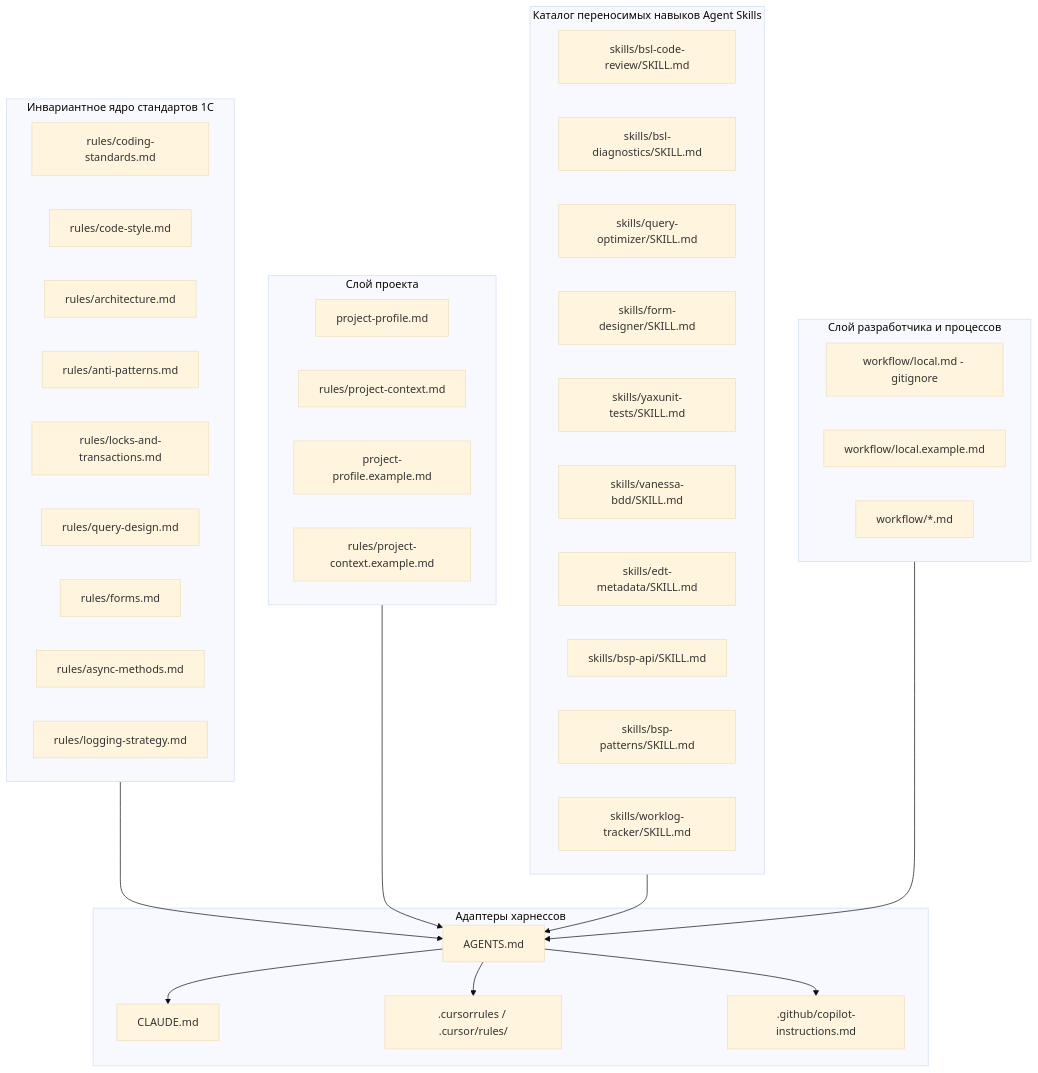
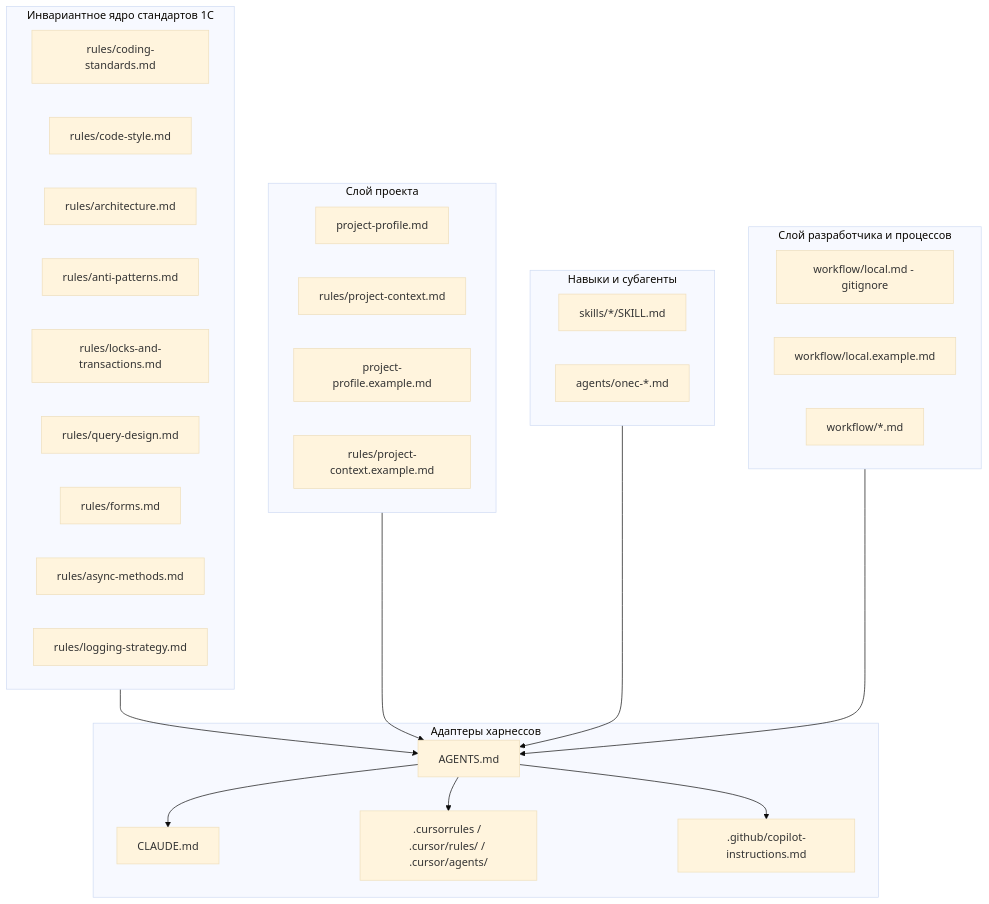
Before and after one commit to curiosgirl/ai-1c-toolkit: the diagram in README.md, drawn with Mermaid (base theme). The commit also changed other lines of this file and 8 other files, not shown here.

Commit message:
Единый реестр навыков и субагентов в AGENTS.md, адаптеры сокращены до ссылки

````diff
--- a/README.md
+++ b/README.md
@@ -13,56 +13,48 @@
 ```mermaid
 flowchart TD
     subgraph Core [Инвариантное ядро стандартов 1C]
         Standards[rules/coding-standards.md]
         CodeStyle[rules/code-style.md]
         Architecture[rules/architecture.md]
         AntiPatterns[rules/anti-patterns.md]
         Locks[rules/locks-and-transactions.md]
         Queries[rules/query-design.md]
         Forms[rules/forms.md]
         AsyncM[rules/async-methods.md]
         Logging[rules/logging-strategy.md]
     end
 
     subgraph ProjectLayer [Слой проекта]
         ProjectProfile[project-profile.md]
         ProjectContext[rules/project-context.md]
         ProfileExample[project-profile.example.md]
         ContextExample[rules/project-context.example.md]
     end
 
-    subgraph SkillsLayer [Каталог переносимых навыков Agent Skills]
-        SkillReview[skills/bsl-code-review/SKILL.md]
-        SkillDiag[skills/bsl-diagnostics/SKILL.md]
-        SkillQuery[skills/query-optimizer/SKILL.md]
-        SkillForm[skills/form-designer/SKILL.md]
-        SkillTests[skills/yaxunit-tests/SKILL.md]
-        SkillVanessa[skills/vanessa-bdd/SKILL.md]
-        SkillEdtMeta[skills/edt-metadata/SKILL.md]
-        SkillBspApi[skills/bsp-api/SKILL.md]
-        SkillBspPat[skills/bsp-patterns/SKILL.md]
-        SkillWorklog[skills/worklog-tracker/SKILL.md]
+    subgraph SkillsLayer [Навыки и субагенты]
+        Skills[skills/*/SKILL.md]
+        Agents[agents/onec-*.md]
     end
 
     subgraph UserLayer [Слой разработчика и процессов]
         LocalConfig[workflow/local.md - gitignore]
         LocalExample[workflow/local.example.md]
         Workflows[workflow/*.md]
     end
 
     subgraph HarnessAdapters [Адаптеры харнессов]
         AgentsRoot[AGENTS.md]
         ClaudeAdapter[CLAUDE.md]
-        CursorAdapter[.cursorrules / .cursor/rules/]
+        CursorAdapter[.cursorrules / .cursor/rules/ / .cursor/agents/]
         CopilotAdapter[.github/copilot-instructions.md]
     end
 
     Core --> AgentsRoot
     ProjectLayer --> AgentsRoot
     SkillsLayer --> AgentsRoot
     UserLayer --> AgentsRoot
 
     AgentsRoot --> ClaudeAdapter
     AgentsRoot --> CursorAdapter
     AgentsRoot --> CopilotAdapter
 ```
````
